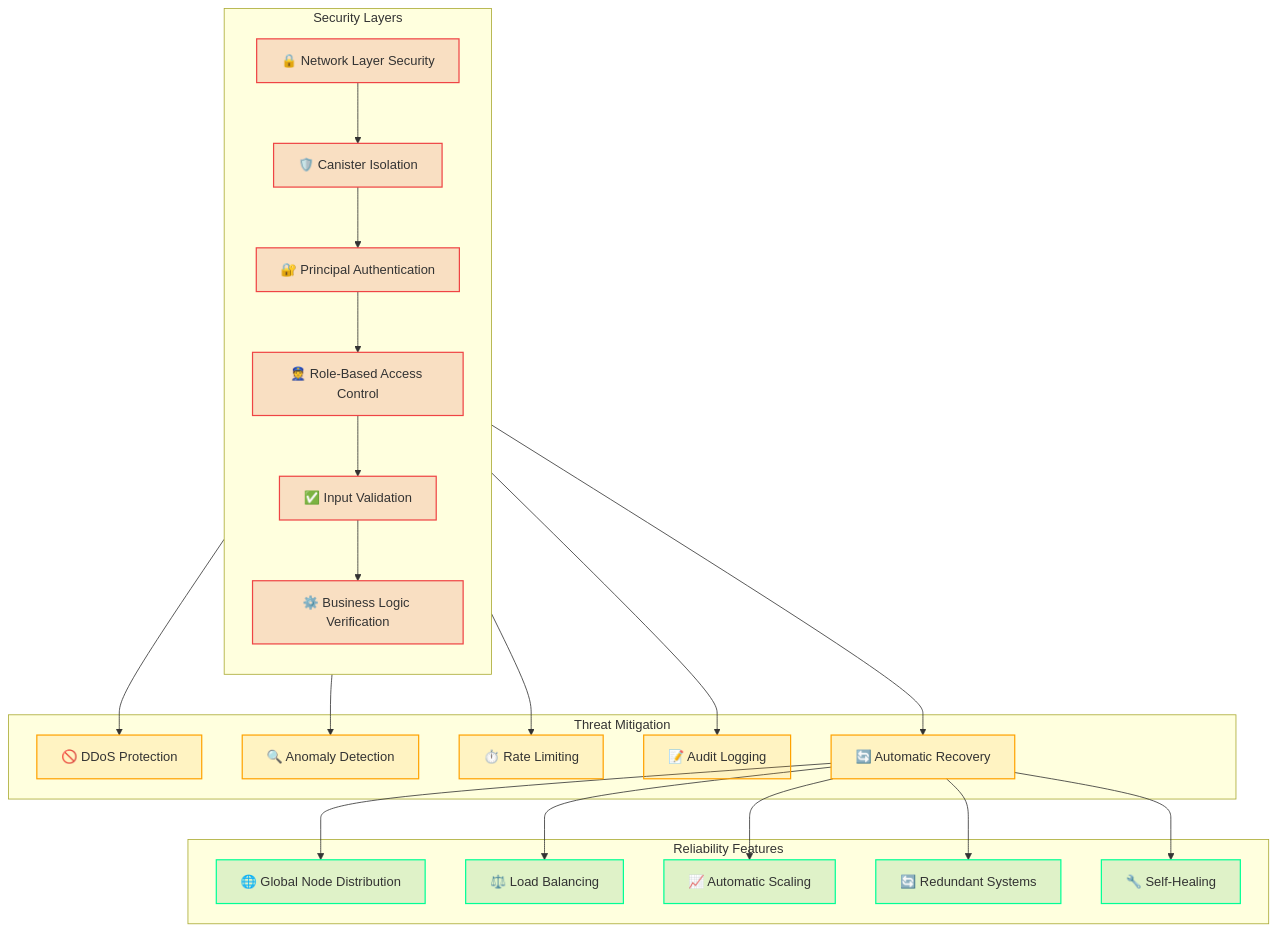
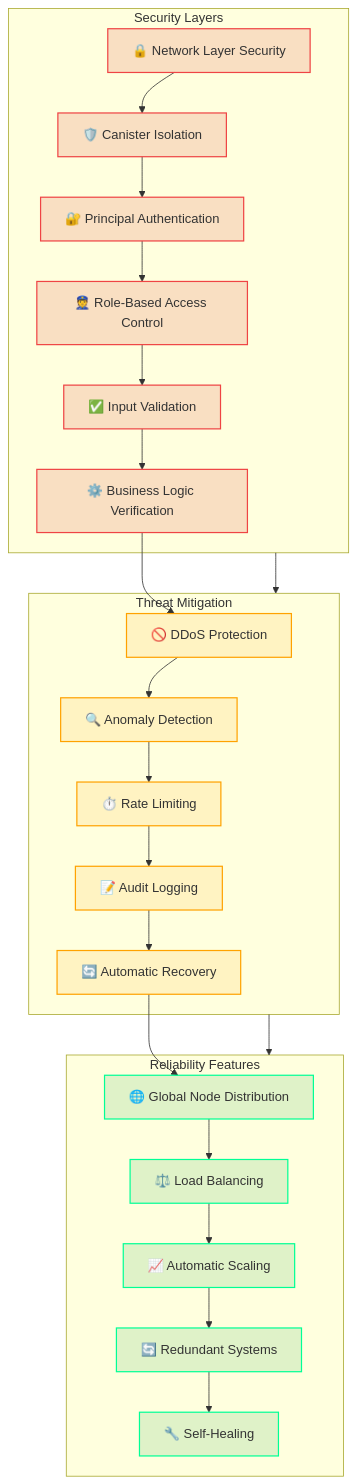
Before and after one commit to cosmicrafts/cosmicrafts-dao: the sixth of 6 diagrams in src/frontend/src/assets/markdown/en/architecture.md, drawn with Mermaid. The commit also changed other lines of this file and 1 other file, not shown here.

Commit message:
mermaids #3

````diff
--- a/src/frontend/src/assets/markdown/en/architecture.md
+++ b/src/frontend/src/assets/markdown/en/architecture.md
@@ -683,42 +759,86 @@
 ```mermaid
-graph TD
-    subgraph "Security Layers"
-        direction TB
-        
-        L1["🔒 Network Layer Security"]
-        L2["🛡️ Canister Isolation"]
-        L3["🔐 Principal Authentication"]
-        L4["👮 Role-Based Access Control"]
-        L5["✅ Input Validation"]
-        L6["⚙️ Business Logic Verification"]
-        
-        L1 --> L2 --> L3 --> L4 --> L5 --> L6
+flowchart TD
+    %% Security Layer nodes
+    L1["🔒 Network Layer Security"]
+    L2["🛡️ Canister Isolation"]
+    L3["🔐 Principal Authentication"]
+    L4["👮 Role-Based Access Control"]
+    L5["✅ Input Validation"]
+    L6["⚙️ Business Logic Verification"]
+    
+    %% Threat Mitigation nodes
+    T1["🚫 DDoS Protection"]
+    T2["🔍 Anomaly Detection"]
+    T3["⏱️ Rate Limiting"]
+    T4["📝 Audit Logging"]
+    T5["🔄 Automatic Recovery"]
+    
+    %% Reliability Feature nodes
+    R1["🌐 Global Node Distribution"]
+    R2["⚖️ Load Balancing"]
+    R3["📈 Automatic Scaling"]
+    R4["🔄 Redundant Systems"]
+    R5["🔧 Self-Healing"]
+    
+    %% Security Layer connections
+    L1 --> L2
+    L2 --> L3
+    L3 --> L4
+    L4 --> L5
+    L5 --> L6
+    
+    %% Threat Mitigation connections
+    T1 --> T2
+    T2 --> T3
+    T3 --> T4
+    T4 --> T5
+    
+    %% Reliability Feature connections
+    R1 --> R2
+    R2 --> R3
+    R3 --> R4
+    R4 --> R5
+    
+    %% Cross-category connections
+    L6 --> T1
+    T5 --> R1
+    
+    %% Subgraph definitions
+    subgraph SecurityLayers["Security Layers"]
+        L1
+        L2
+        L3
+        L4
+        L5
+        L6
     end
     
-    subgraph "Threat Mitigation"
-        T1["🚫 DDoS Protection"]
-        T2["🔍 Anomaly Detection"]
-        T3["⏱️ Rate Limiting"]
-        T4["📝 Audit Logging"]
-        T5["🔄 Automatic Recovery"]
+    subgraph ThreatMitigation["Threat Mitigation"]
+        T1
+        T2
+        T3
+        T4
+        T5
     end
     
-    subgraph "Reliability Features"
-        R1["🌐 Global Node Distribution"]
-        R2["⚖️ Load Balancing"]
-        R3["📈 Automatic Scaling"]
-        R4["🔄 Redundant Systems"]
-        R5["🔧 Self-Healing"]
+    subgraph ReliabilityFeatures["Reliability Features"]
+        R1
+        R2
+        R3
+        R4
+        R5
     end
     
-    L6 --> T1 & T2 & T3 & T4 & T5
-    T5 --> R1 & R2 & R3 & R4 & R5
+    %% Connect the major sections vertically
+    SecurityLayers --> ThreatMitigation
+    ThreatMitigation --> ReliabilityFeatures
     
-    %% Styling classes - simplified for better aesthetics
+    %% Styling classes for visual distinction
     classDef securityLayer fill:#cc000020,stroke:#ef4444,stroke-width:1.5px
     classDef threatLayer fill:#ffa20020,stroke:#ffa200,stroke-width:1.5px
     classDef reliabilityLayer fill:#00993320,stroke:#00ff95,stroke-width:1.5px
     
+    %% Apply styles to nodes
     class L1,L2,L3,L4,L5,L6 securityLayer
     class T1,T2,T3,T4,T5 threatLayer
     class R1,R2,R3,R4,R5 reliabilityLayer
````
